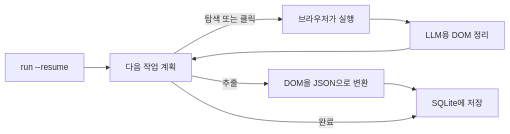
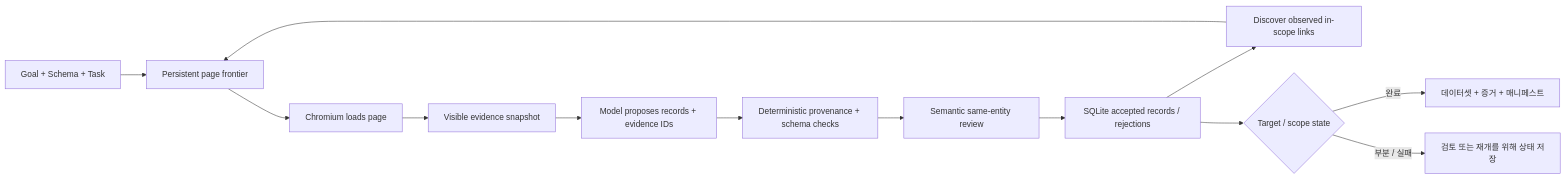
One commit to EmanueleTorrisi/verboisy changed the diagram in .github/readme/README.ko.md. Above: the diagram before and after it, drawn with Mermaid. The commit also changed other lines of this file, not shown here.

````diff
--- a/.github/readme/README.ko.md
+++ b/.github/readme/README.ko.md
@@ -191,10 +168,15 @@
 ```mermaid
 flowchart LR
-    F[run --resume] --> A
-    A[다음 작업 계획] -->|탐색 또는 클릭| B[브라우저가 실행]
-    A -->|추출| C[DOM을 JSON으로 변환]
-    B --> D[LLM용 DOM 정리]
-    D --> A
-    C --> E[SQLite에 저장]
-    A -->|완료| E
+    A[Goal + Schema + Task] --> B[Persistent page frontier]
+    B --> C[Chromium loads page]
+    C --> D[Visible evidence snapshot]
+    D --> E[Model proposes records + evidence IDs]
+    E --> F[Deterministic provenance + schema checks]
+    F --> G[Semantic same-entity review]
+    G --> H[SQLite accepted records / rejections]
+    H --> I[Discover observed in-scope links]
+    I --> B
+    H --> J{Target / scope state}
+    J -->|완료| K[데이터셋 + 증거 + 매니페스트]
+    J -->|부분 / 실패| L[검토 또는 재개를 위해 상태 저장]
 ```
````
